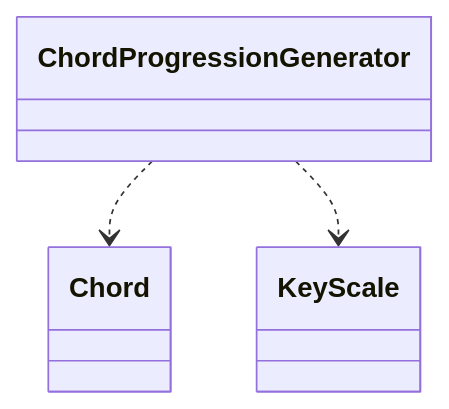
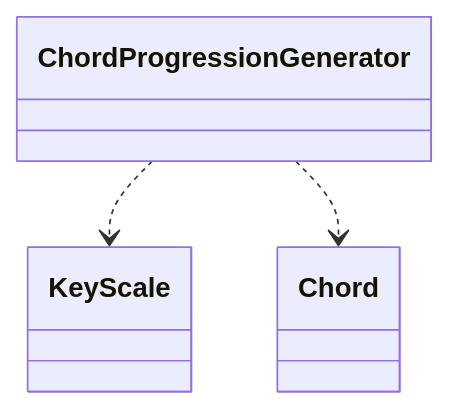
Diagram 33 of 39 in test/test.md (schnock-art/project_inspector), drawn with Mermaid before and after one commit. The commit also changed other lines of this file and 1 other file, not shown here.

Commit message:
Removed empty mermaid

````diff
--- a/test/test.md
+++ b/test/test.md
@@ -577,5 +577,5 @@
 ```mermaid
 classDiagram
+ChordProgressionGenerator ..> KeyScale
 ChordProgressionGenerator ..> Chord
-ChordProgressionGenerator ..> KeyScale
 ```
````
